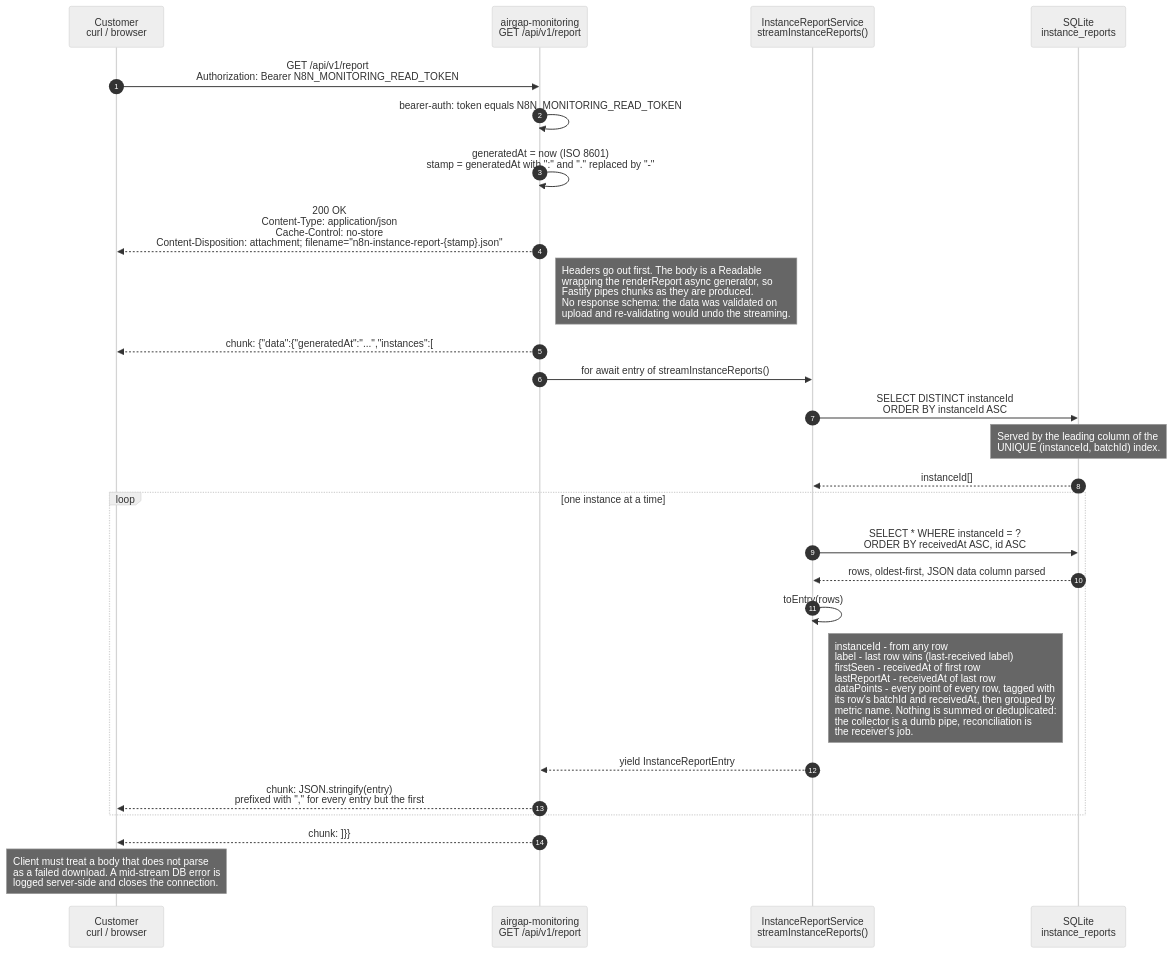
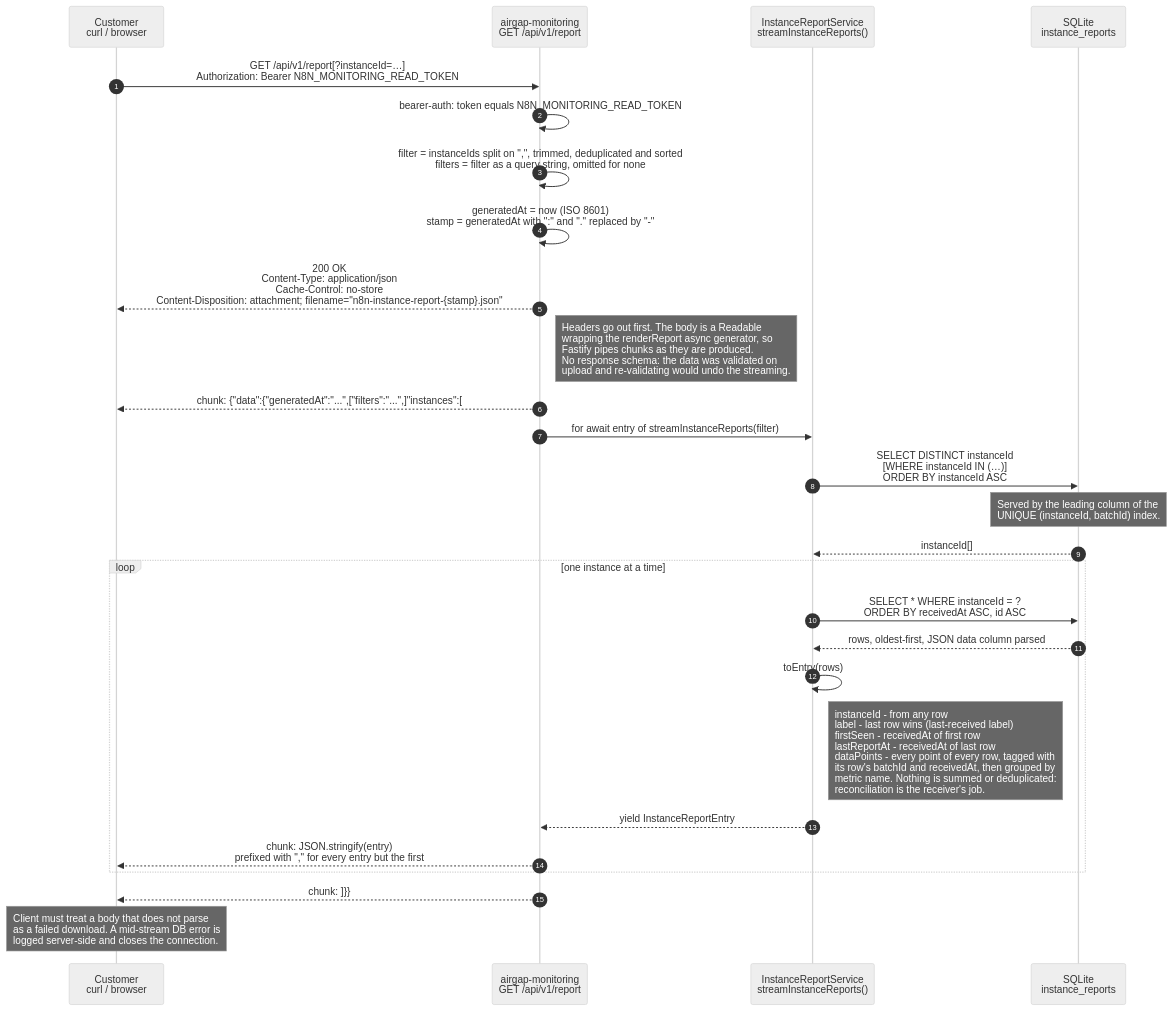
The second of 2 diagrams in docs/DIAGRAMS.md (n8n-io/n8n-airgap-monitoring), drawn with Mermaid (neutral theme) before and after one commit. The commit also changed other lines of this file and 12 other files, not shown here.

Commit message:
feat(api): Filter the report by instanceId (#30)

````diff
--- a/docs/DIAGRAMS.md
+++ b/docs/DIAGRAMS.md
@@ -104,38 +104,39 @@
 ```mermaid
 ---
 config:
   sequence:
     noteAlign: left
 ---
 sequenceDiagram
     autonumber
     participant C as Customer<br/>curl / browser
     participant API as airgap-monitoring<br/>GET /api/v1/report
     participant SVC as InstanceReportService<br/>streamInstanceReports()
     participant DB as SQLite<br/>instance_reports
 
-    C->>API: GET /api/v1/report<br/>Authorization: Bearer N8N_MONITORING_READ_TOKEN
+    C->>API: GET /api/v1/report[?instanceId=…]<br/>Authorization: Bearer N8N_MONITORING_READ_TOKEN
     API->>API: bearer-auth: token equals N8N_MONITORING_READ_TOKEN
+    API->>API: filter = instanceIds split on ",", trimmed, deduplicated and sorted<br/>filters = filter as a query string, omitted for none
     API->>API: generatedAt = now (ISO 8601)<br/>stamp = generatedAt with ":" and "." replaced by "-"
     API-->>C: 200 OK<br/>Content-Type: application/json<br/>Cache-Control: no-store<br/>Content-Disposition: attachment#59; filename="n8n-instance-report-{stamp}.json"
     Note right of API: Headers go out first. The body is a Readable<br/>wrapping the renderReport async generator, so<br/>Fastify pipes chunks as they are produced.<br/>No response schema: the data was validated on<br/>upload and re-validating would undo the streaming.
 
-    API-->>C: chunk: {"data":{"generatedAt":"...","instances":[
+    API-->>C: chunk: {"data":{"generatedAt":"...",["filters":"...",]"instances":[
 
-    API->>SVC: for await entry of streamInstanceReports()
-    SVC->>DB: SELECT DISTINCT instanceId<br/>ORDER BY instanceId ASC
+    API->>SVC: for await entry of streamInstanceReports(filter)
+    SVC->>DB: SELECT DISTINCT instanceId<br/>[WHERE instanceId IN (…)]<br/>ORDER BY instanceId ASC
     Note over DB: Served by the leading column of the<br/>UNIQUE (instanceId, batchId) index.
     DB-->>SVC: instanceId[]
 
     loop one instance at a time
         SVC->>DB: SELECT * WHERE instanceId = ?<br/>ORDER BY receivedAt ASC, id ASC
         DB-->>SVC: rows, oldest-first, JSON data column parsed
         SVC->>SVC: toEntry(rows)
-        Note right of SVC: instanceId - from any row<br/>label - last row wins (last-received label)<br/>firstSeen - receivedAt of first row<br/>lastReportAt - receivedAt of last row<br/>dataPoints - every point of every row, tagged with<br/>its row's batchId and receivedAt, then grouped by<br/>metric name. Nothing is summed or deduplicated:<br/>the collector is a dumb pipe, reconciliation is<br/>the receiver's job.
+        Note right of SVC: instanceId - from any row<br/>label - last row wins (last-received label)<br/>firstSeen - receivedAt of first row<br/>lastReportAt - receivedAt of last row<br/>dataPoints - every point of every row, tagged with<br/>its row's batchId and receivedAt, then grouped by<br/>metric name. Nothing is summed or deduplicated:<br/>reconciliation is the receiver's job.
         SVC-->>API: yield InstanceReportEntry
         API-->>C: chunk: JSON.stringify(entry)<br/>prefixed with "," for every entry but the first
     end
 
     API-->>C: chunk: ]}}
     Note over C: Client must treat a body that does not parse<br/>as a failed download. A mid-stream DB error is<br/>logged server-side and closes the connection.
 ```
````
